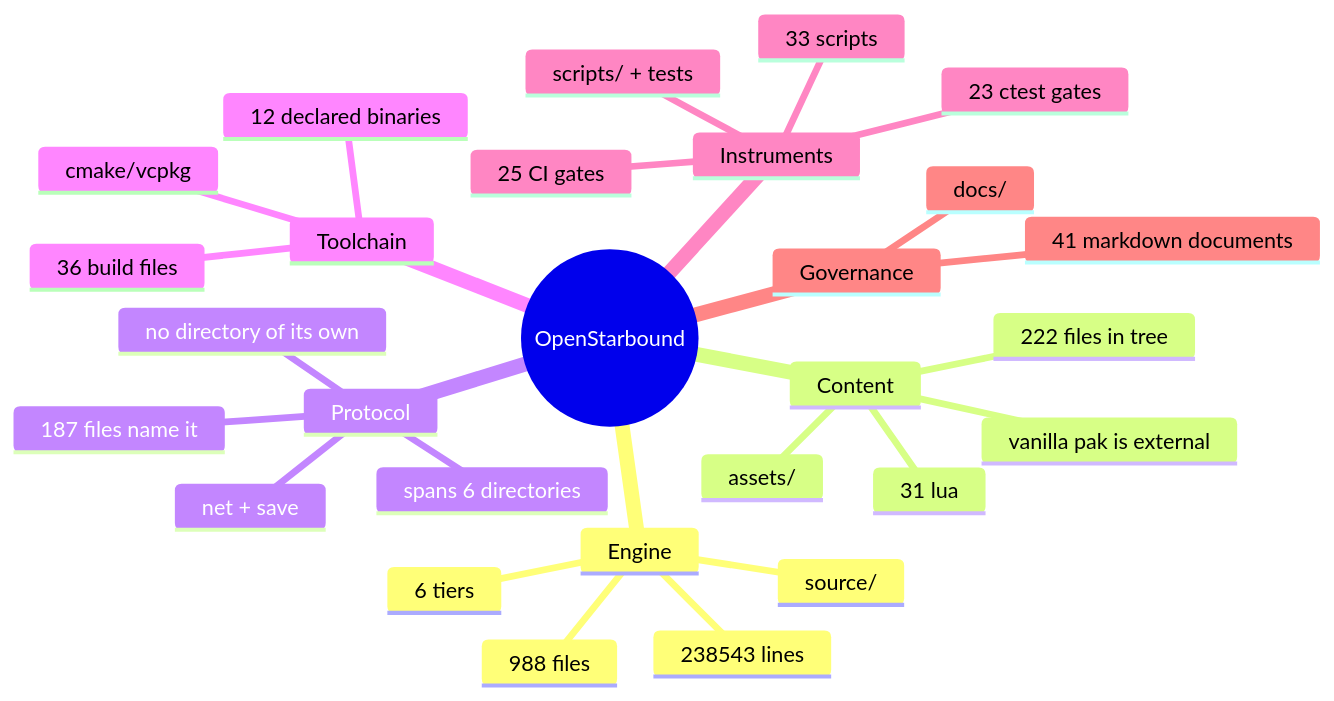
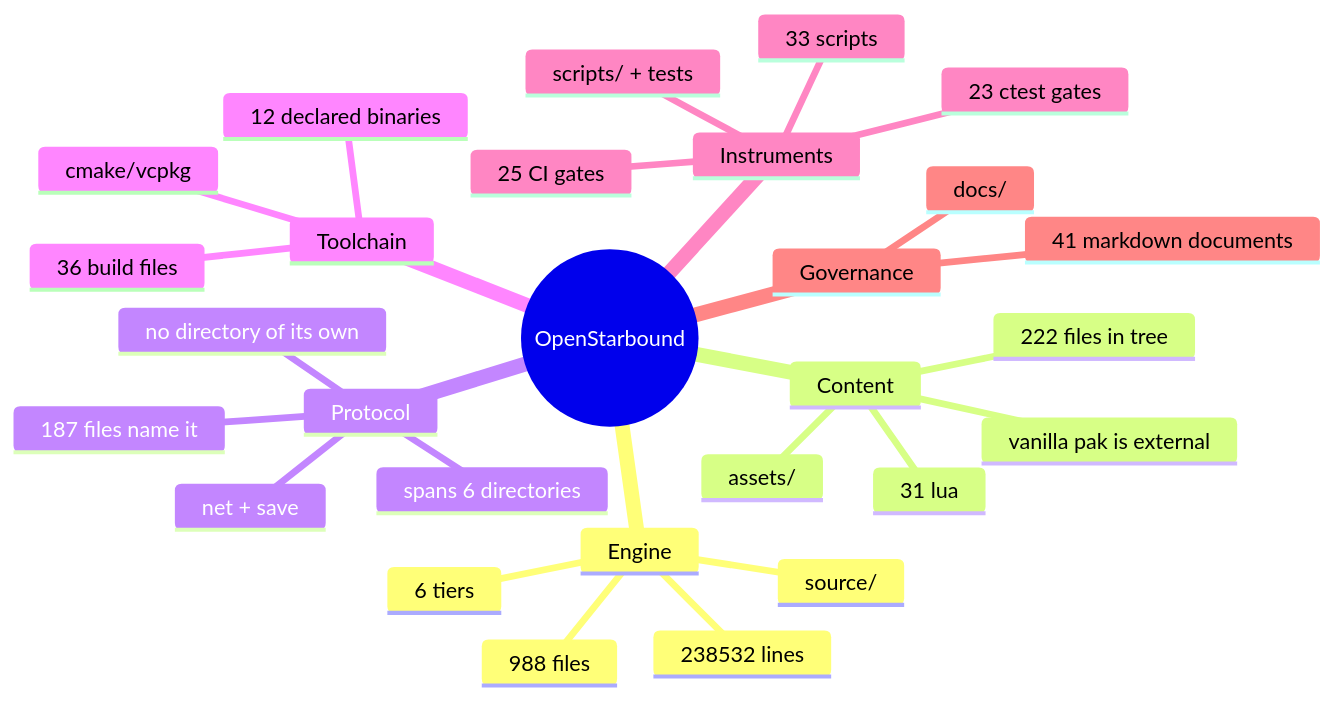
One commit to apnex/OpenStarbound changed the second of 11 diagrams in docs/architecture/system-boundaries.md. Above: the diagram before and after it, drawn with Mermaid. The commit also changed other lines of this file and 2 other files, not shown here.

````diff
--- a/docs/architecture/system-boundaries.md
+++ b/docs/architecture/system-boundaries.md
@@ -166,31 +166,31 @@
 ```mermaid
 mindmap
   root((OpenStarbound))
     Engine
       source/
       988 files
-      238543 lines
+      238532 lines
       6 tiers
     Content
       assets/
       222 files in tree
       31 lua
       vanilla pak is external
     Protocol
       net + save
       187 files name it
       spans 6 directories
       no directory of its own
     Toolchain
       cmake/vcpkg
       36 build files
       12 declared binaries
     Instruments
       scripts/ + tests
       33 scripts
       23 ctest gates
       25 CI gates
     Governance
       docs/
       41 markdown documents
 ```
````
